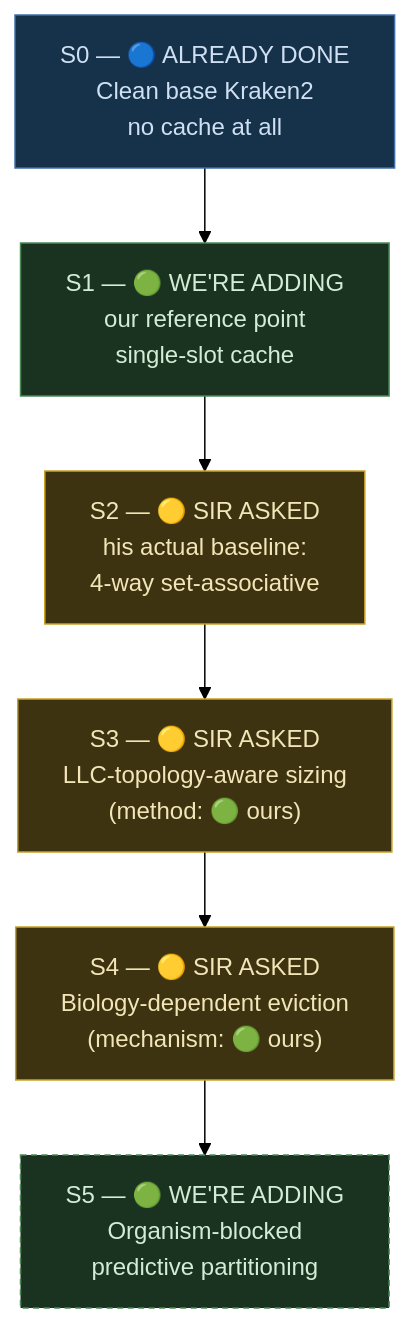
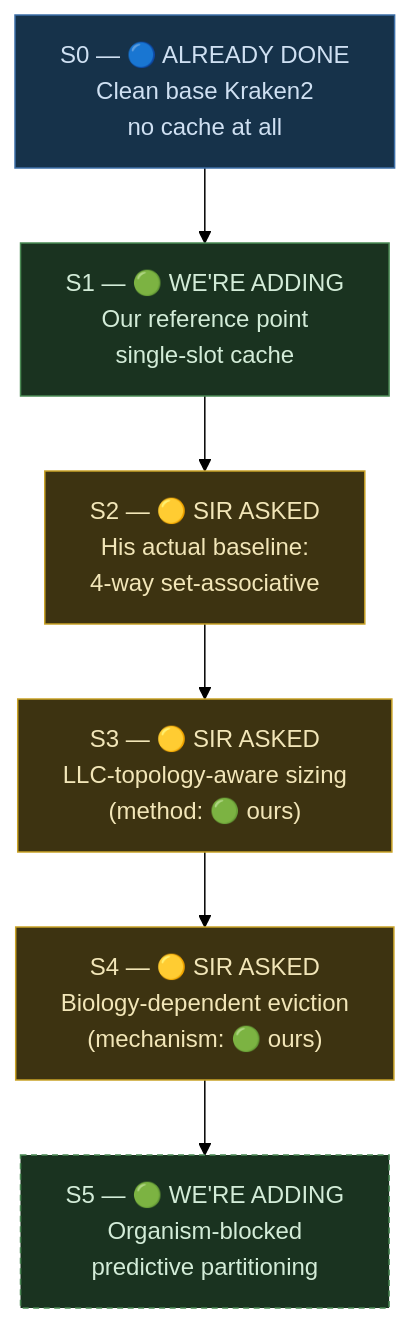
The fourth of 7 diagrams in planning/week4plan.md (KathpaliaChirag/Nanopore-project), drawn with Mermaid (forest theme) before and after one commit. The commit also changed other lines of this file, not shown here.

````diff
--- a/planning/week4plan.md
+++ b/planning/week4plan.md
@@ -160,16 +162,16 @@
 ```mermaid
 flowchart TD
     S0["S0 — 🔵 ALREADY DONE\nClean base Kraken2\nno cache at all"] --> S1
-    S1["S1 — 🟢 WE'RE ADDING\nour reference point\nsingle-slot cache"] --> S2
-    S2["S2 — 🟡 SIR ASKED\nhis actual baseline:\n4-way set-associative"] --> S3
+    S1["S1 — 🟢 WE'RE ADDING\nOur reference point\nsingle-slot cache"] --> S2
+    S2["S2 — 🟡 SIR ASKED\nHis actual baseline:\n4-way set-associative"] --> S3
     S3["S3 — 🟡 SIR ASKED\nLLC-topology-aware sizing\n(method: 🟢 ours)"] --> S4
     S4["S4 — 🟡 SIR ASKED\nBiology-dependent eviction\n(mechanism: 🟢 ours)"] --> S5
     S5["S5 — 🟢 WE'RE ADDING\nOrganism-blocked\npredictive partitioning"]
 
     style S0 fill:#16324a,stroke:#3d6fa8,color:#cfe0f2
     style S1 fill:#1a3320,stroke:#4a8a54,color:#d3ecd8
     style S2 fill:#3d3311,stroke:#c9a227,color:#f2e6b8
     style S3 fill:#3d3311,stroke:#c9a227,color:#f2e6b8
     style S4 fill:#3d3311,stroke:#c9a227,color:#f2e6b8
     style S5 fill:#1a3320,stroke:#4a8a54,stroke-width:1px,stroke-dasharray: 4 3,color:#d3ecd8
 ```
````
